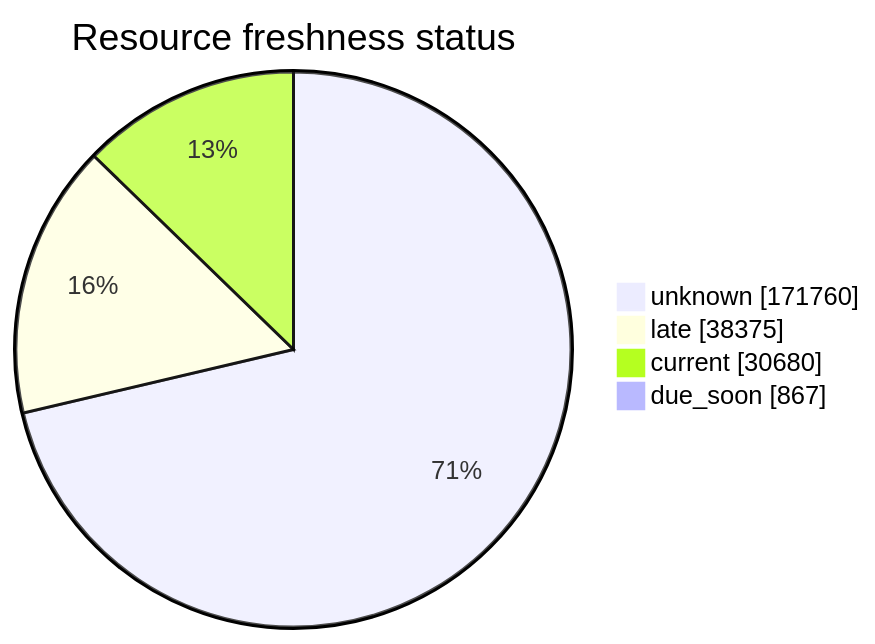
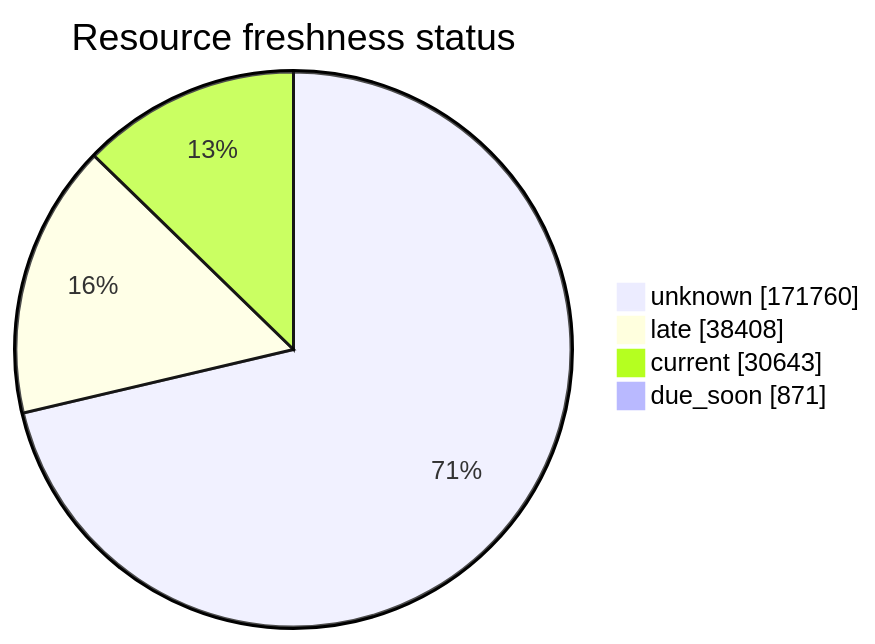
The third of 5 diagrams in FreshCheck/README.md (open-data/analytics-corporate-reporting), drawn with Mermaid before and after one commit. The commit also changed other lines of this file and 3 other files, not shown here.

````diff
--- a/FreshCheck/README.md
+++ b/FreshCheck/README.md
@@ -77,7 +77,7 @@
 ```mermaid
 pie showData title Resource freshness status
     "unknown": 171760
-    "late": 38375
-    "current": 30680
-    "due_soon": 867
+    "late": 38408
+    "current": 30643
+    "due_soon": 871
 ```
````
